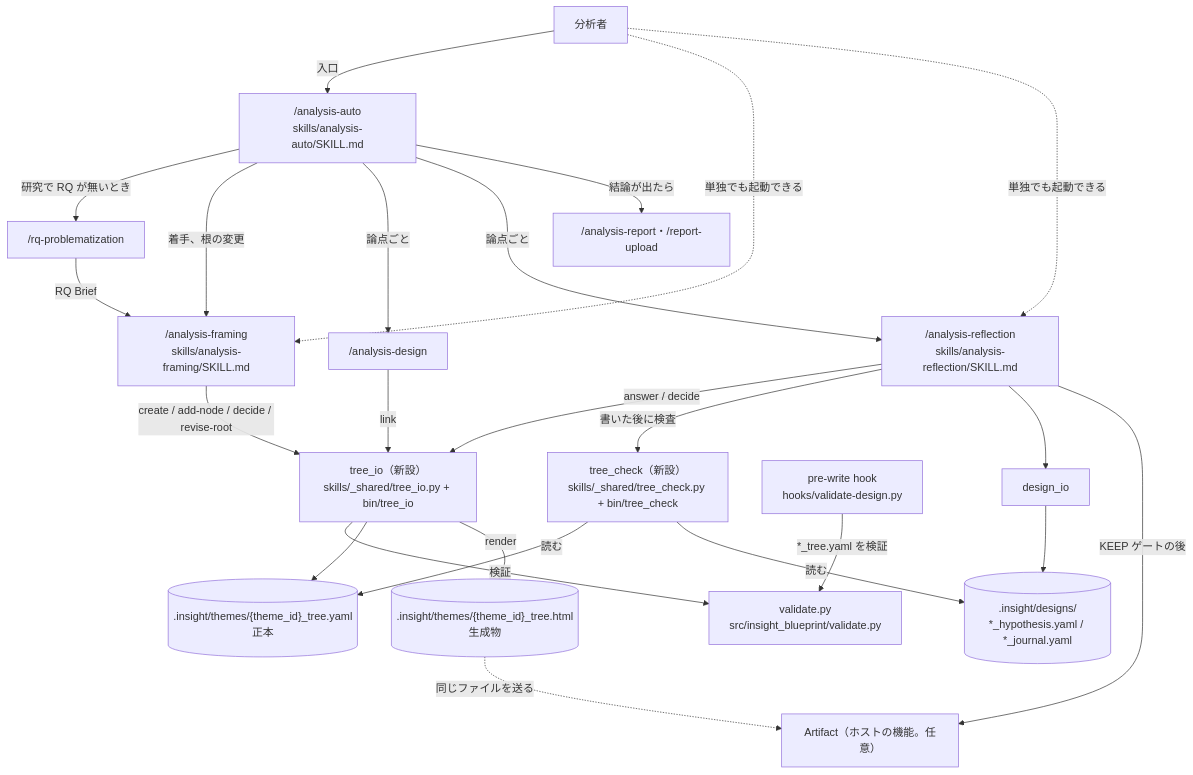
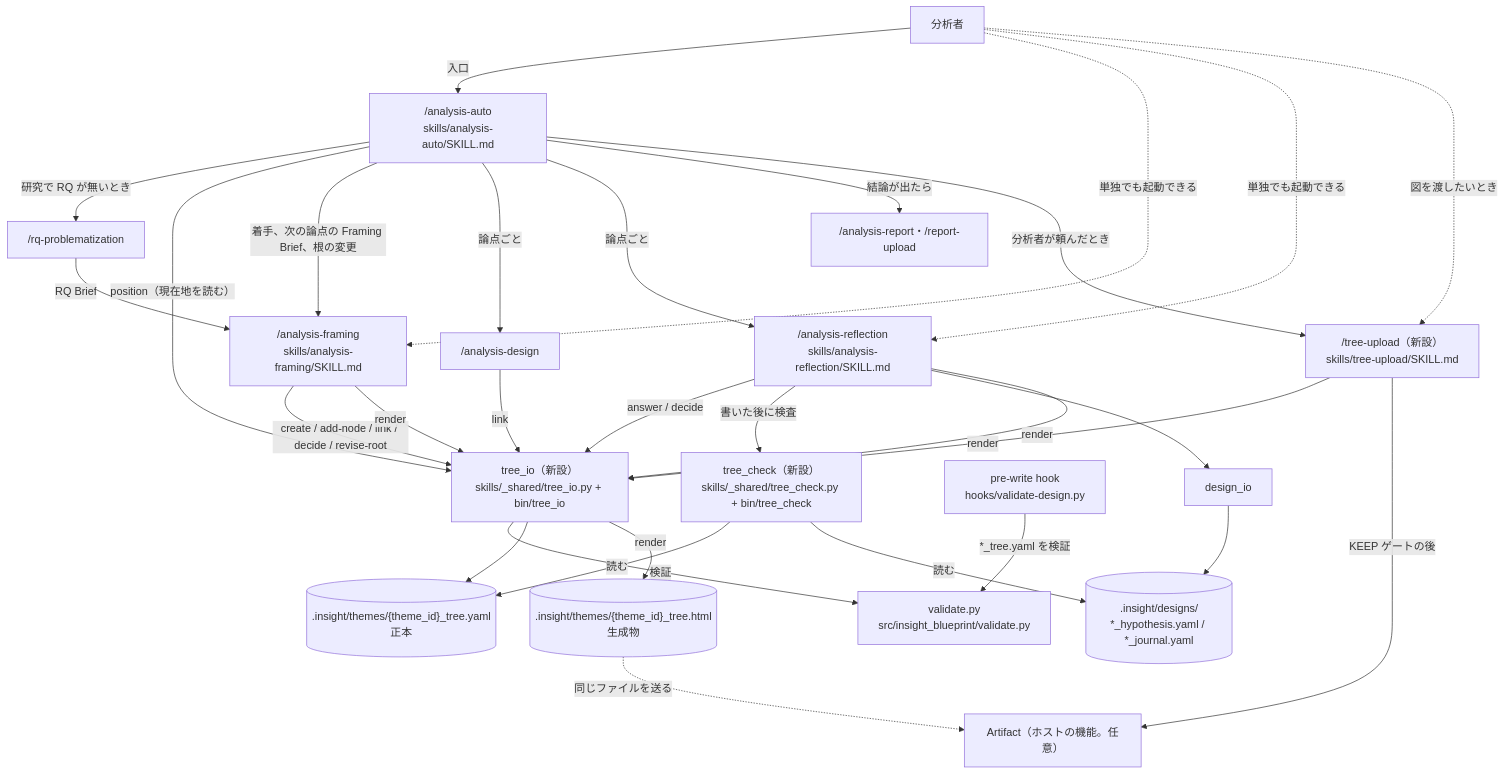
The first of 3 diagrams in docs/design/epic-18-question-tree.md (etoyama/insight-blueprint-skills), drawn with Mermaid before and after one commit. The commit also changed other lines of this file and 58 other files, not shown here.

````diff
--- a/docs/design/epic-18-question-tree.md
+++ b/docs/design/epic-18-question-tree.md
@@ -167,43 +165,50 @@
 ```mermaid
 flowchart TD
     U[分析者]
     AUTO["/analysis-auto<br/>skills/analysis-auto/SKILL.md"]
     RQ["/rq-problematization"]
     RP["/analysis-report・/report-upload"]
     FR["/analysis-framing<br/>skills/analysis-framing/SKILL.md"]
     DS["/analysis-design"]
     RF["/analysis-reflection<br/>skills/analysis-reflection/SKILL.md"]
     TIO["tree_io（新設）<br/>skills/_shared/tree_io.py + bin/tree_io"]
     TC["tree_check（新設）<br/>skills/_shared/tree_check.py + bin/tree_check"]
     VAL["validate.py<br/>src/insight_blueprint/validate.py"]
     HOOK["pre-write hook<br/>hooks/validate-design.py"]
     DIO["design_io"]
     TREE[(".insight/themes/{theme_id}_tree.yaml<br/>正本")]
     HTML[(".insight/themes/{theme_id}_tree.html<br/>生成物")]
     DES[(".insight/designs/<br/>*_hypothesis.yaml / *_journal.yaml")]
+    TU["/tree-upload（新設）<br/>skills/tree-upload/SKILL.md"]
     ART["Artifact（ホストの機能。任意）"]
 
     U -->|入口| AUTO
     AUTO -->|研究で RQ が無いとき| RQ
     RQ -->|RQ Brief| FR
-    AUTO -->|着手、根の変更| FR
+    AUTO -->|position（現在地を読む）| TIO
+    AUTO -->|着手、次の論点の Framing Brief、根の変更| FR
     AUTO -->|論点ごと| DS
     AUTO -->|論点ごと| RF
     AUTO -->|結論が出たら| RP
     U -.->|単独でも起動できる| FR
     U -.->|単独でも起動できる| RF
-    FR -->|create / add-node / decide / revise-root| TIO
+    FR -->|create / add-node / link / decide / revise-root| TIO
     DS -->|link| TIO
     RF -->|answer / decide| TIO
     RF -->|書いた後に検査| TC
     TIO -->|検証| VAL
     HOOK -->|"*_tree.yaml を検証"| VAL
     TIO --> TREE
     TIO -->|render| HTML
     TC -->|読む| TREE
     TC -->|読む| DES
     RF --> DIO
     DIO --> DES
-    RF -->|KEEP ゲートの後| ART
+    FR -->|render| TIO
+    RF -->|render| TIO
+    U -.->|図を渡したいとき| TU
+    AUTO -->|分析者が頼んだとき| TU
+    TU -->|render| TIO
+    TU -->|KEEP ゲートの後| ART
     HTML -.->|同じファイルを送る| ART
 ```
````
